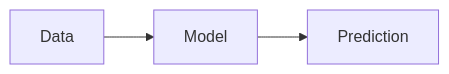
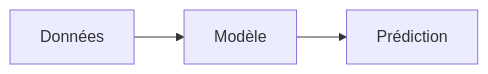
One commit to EmersonBraun/ai-summary-hub changed the diagram in i18n/fr/docusaurus-plugin-content-docs/current/fundamentals/index.md. Above: the diagram before and after it, drawn with Mermaid. The commit also changed other lines of this file and 384 other files, not shown here.

````diff
--- a/i18n/fr/docusaurus-plugin-content-docs/current/fundamentals/index.md
+++ b/i18n/fr/docusaurus-plugin-content-docs/current/fundamentals/index.md
@@ -17,5 +17,5 @@
 ```mermaid
 flowchart LR
-  Data[Data] --> Model[Model]
-  Model --> Prediction[Prediction]
+  Data[Données] --> Model[Modèle]
+  Model --> Prediction[Prédiction]
 ```
````
